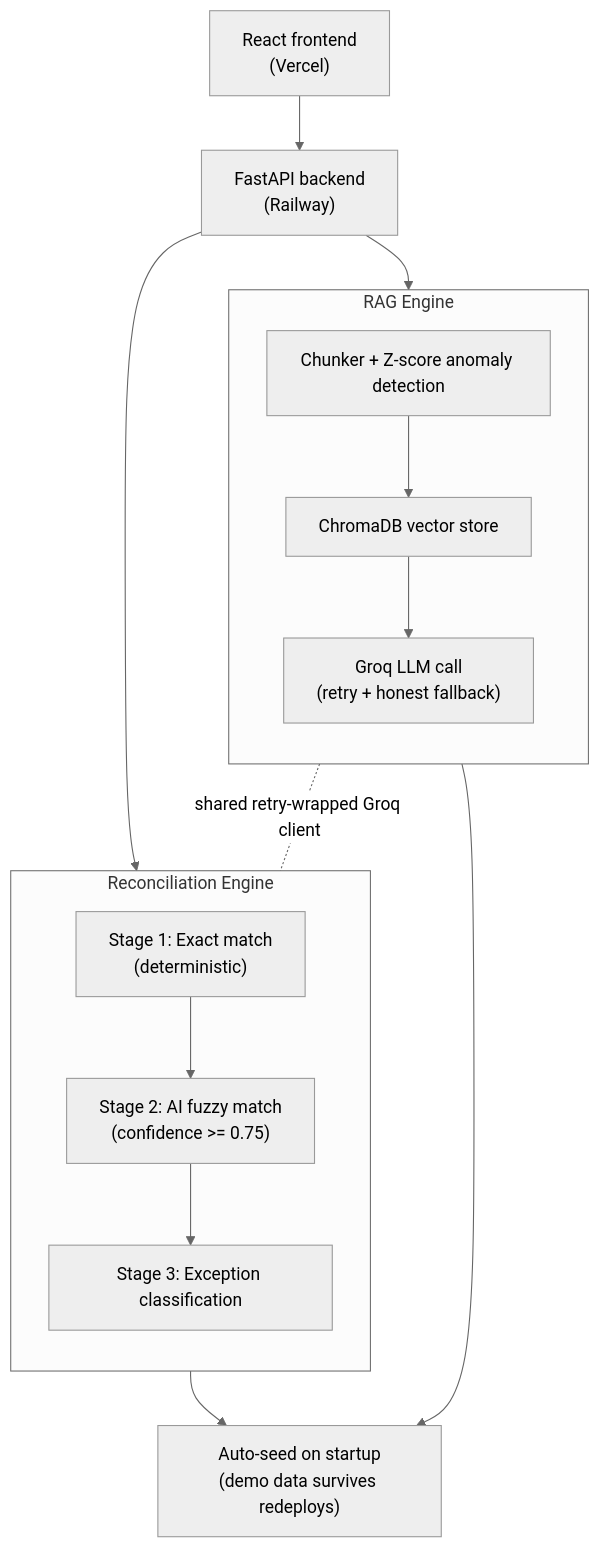
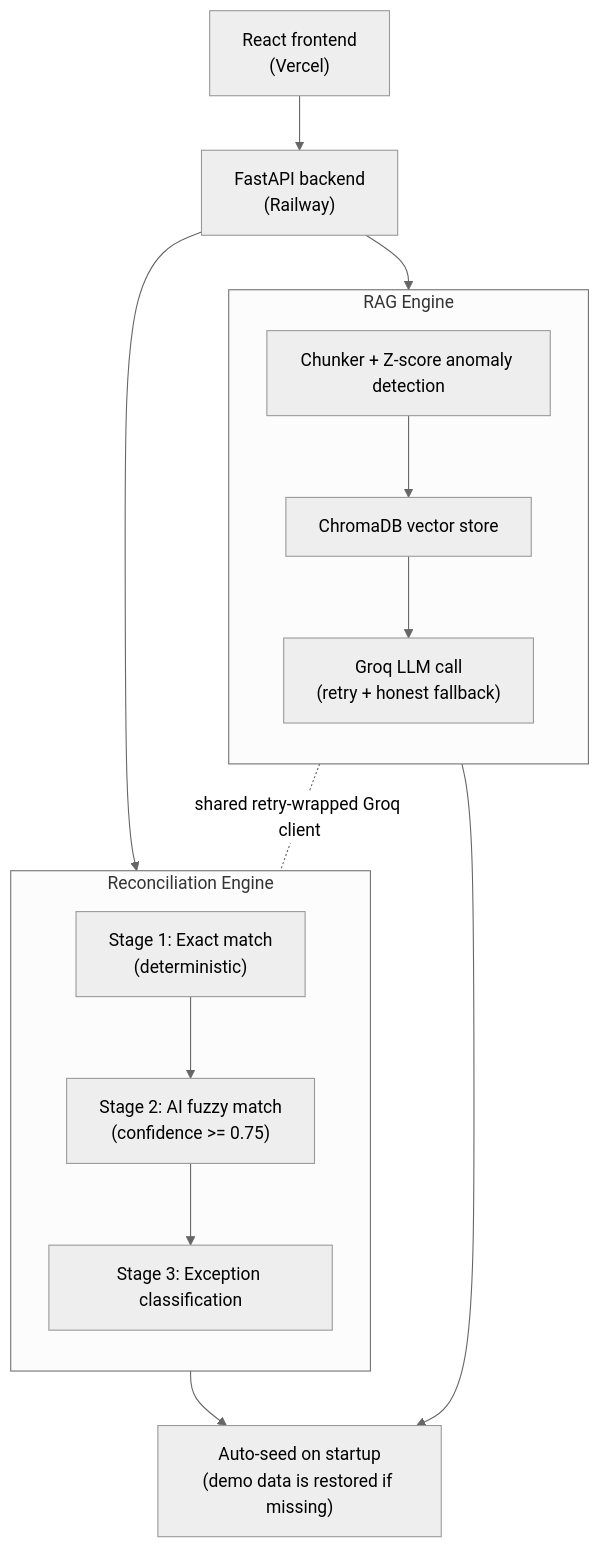
One commit to reachzaki837/ZFinance changed the diagram in README.md. Above: the diagram before and after it, drawn with Mermaid (neutral theme). The commit also changed other lines of this file, not shown here.

Commit message:
added readme file with architecture

````diff
--- a/README.md
+++ b/README.md
@@ -68,24 +76,24 @@
 ```mermaid
 flowchart TB
     FE["React frontend<br/>(Vercel)"] --> BE["FastAPI backend<br/>(Railway)"]
 
     BE --> RAG["RAG Engine"]
     BE --> REC["Reconciliation Engine"]
 
     subgraph RAG["RAG Engine"]
         direction TB
         R1["Chunker + Z-score anomaly detection"] --> R2["ChromaDB vector store"]
         R2 --> R3["Groq LLM call<br/>(retry + honest fallback)"]
     end
 
     subgraph REC["Reconciliation Engine"]
         direction TB
         C1["Stage 1: Exact match<br/>(deterministic)"] --> C2["Stage 2: AI fuzzy match<br/>(confidence >= 0.75)"]
         C2 --> C3["Stage 3: Exception classification"]
     end
 
     R3 -.shared retry-wrapped Groq client.- C3
 
-    RAG --> SEED["Auto-seed on startup<br/>(demo data survives redeploys)"]
+    RAG --> SEED["Auto-seed on startup<br/>(demo data is restored if missing)"]
     REC --> SEED
 ```
````
